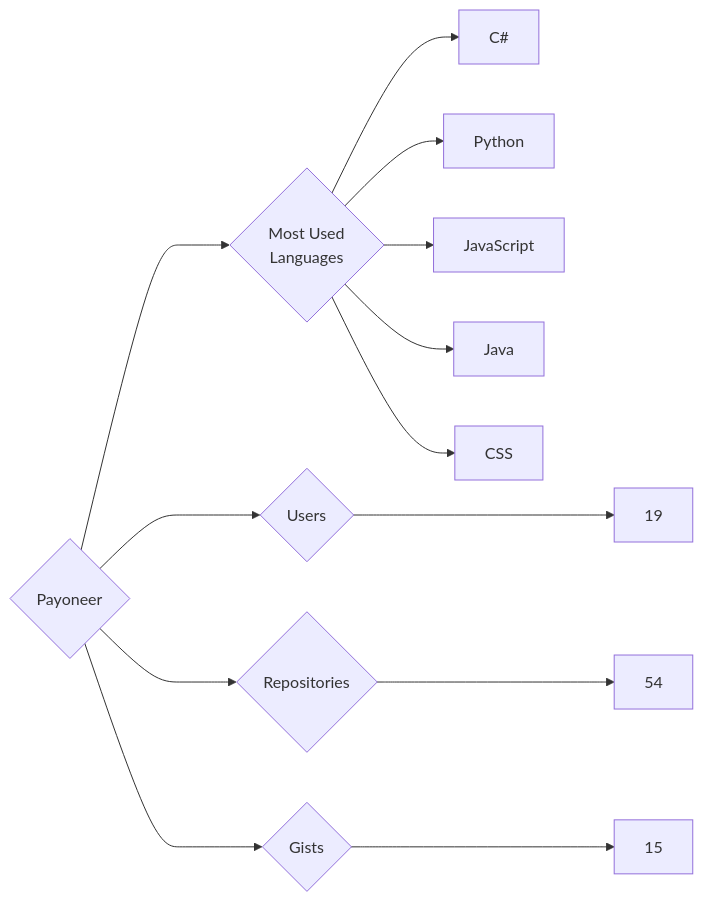
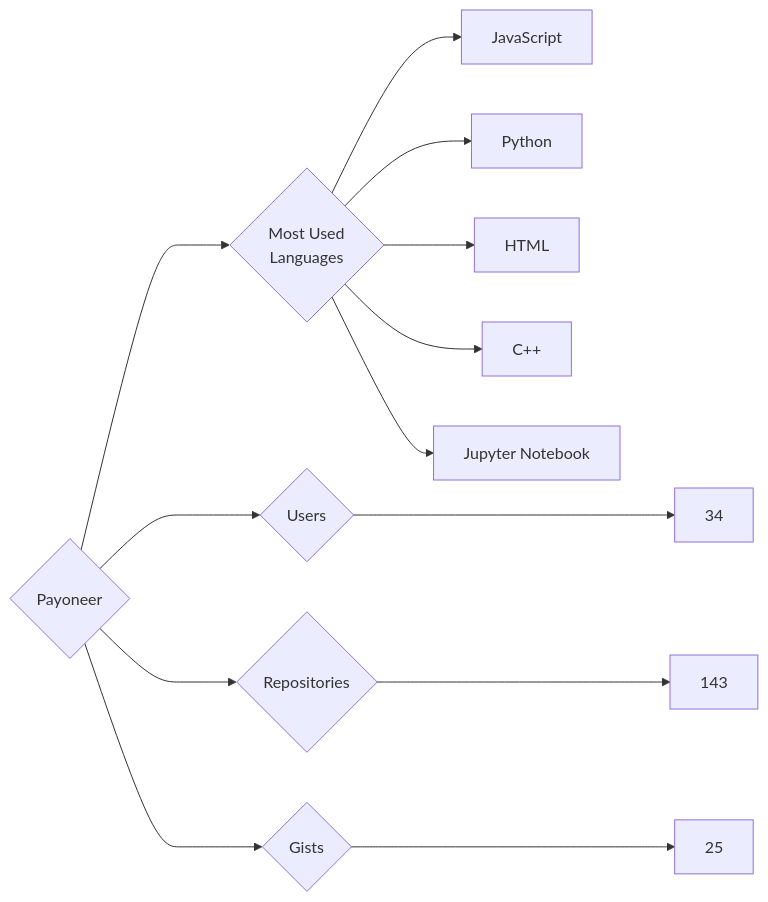
One commit to trickest/insiders changed the diagram in targets/Payoneer/README.md. Above: the diagram before and after it, drawn with Mermaid. The commit also changed 773 other files, not shown here.

````diff
--- a/targets/Payoneer/README.md
+++ b/targets/Payoneer/README.md
@@ -3,13 +3,13 @@
 ```mermaid
 graph LR
 COMPANY_NAME{Payoneer}
-COMPANY_NAME ---> U{Users} ---> UN[19]
-COMPANY_NAME ---> R{Repositories} ---> RN[54]
-COMPANY_NAME ---> G{Gists} ---> GN[15]
+COMPANY_NAME ---> U{Users} ---> UN[34]
+COMPANY_NAME ---> R{Repositories} ---> RN[143]
+COMPANY_NAME ---> G{Gists} ---> GN[25]
 COMPANY_NAME ---> ML{Most Used<br>Languages}
-ML --> C#[C#]
+ML --> JavaScript[JavaScript]
 ML --> Python[Python]
-ML --> JavaScript[JavaScript]
-ML --> Java[Java]
-ML --> CSS[CSS]
+ML --> HTML[HTML]
+ML --> C++[C++]
+ML --> Jupyter_Notebook[Jupyter Notebook]
 ```
````
